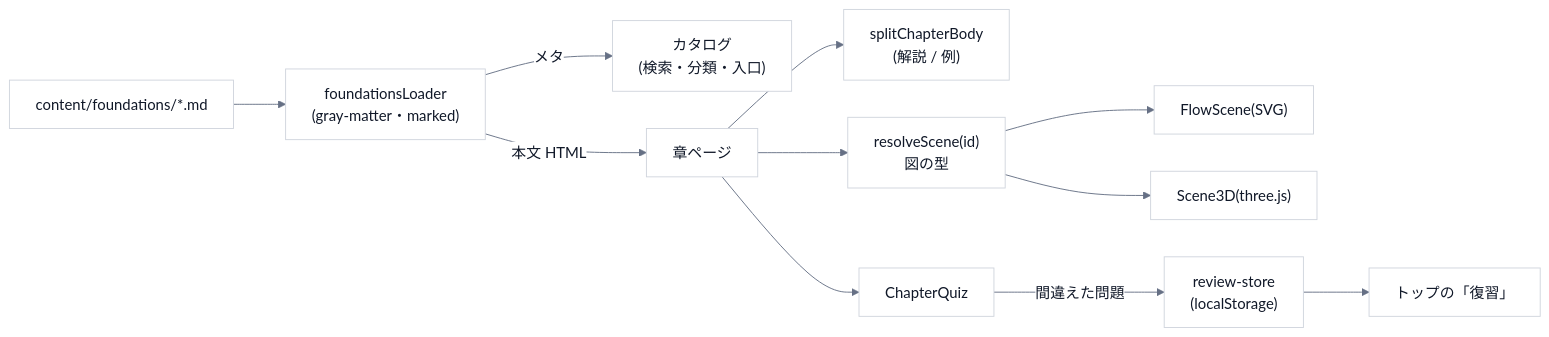
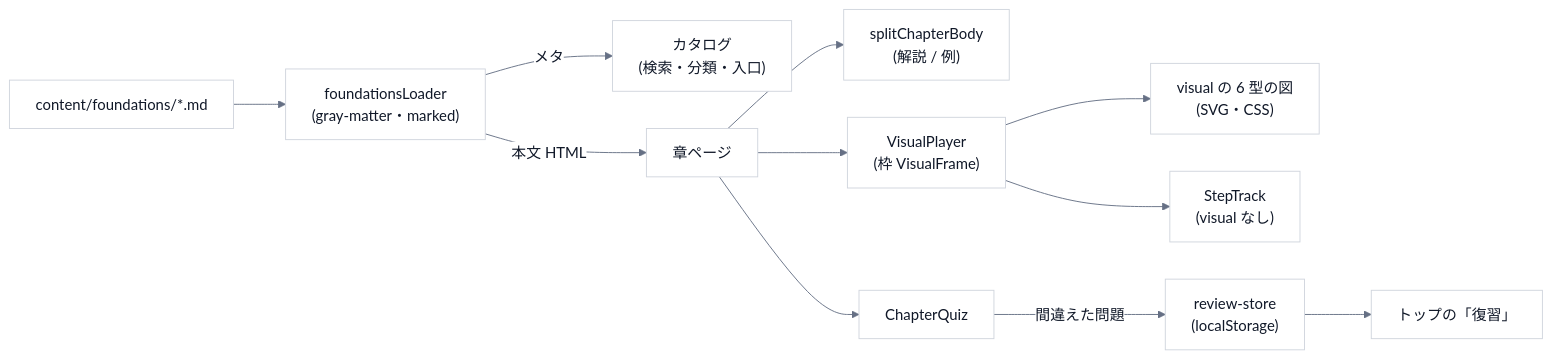
Before and after one commit to manato1201/FoundationsEncyclopedia: the diagram in docs/learn/01-overview.md, drawn with Mermaid. The commit also changed other lines of this file and 72 other files, not shown here.

````diff
--- a/docs/learn/01-overview.md
+++ b/docs/learn/01-overview.md
@@ -5,14 +5,14 @@
 ```mermaid
 %%{init: {"theme":"base","fontFamily":"Noto Sans JP, Hiragino Sans, Meiryo, sans-serif","themeVariables":{"fontFamily":"Noto Sans JP, Hiragino Sans, Meiryo, sans-serif","primaryColor":"#ffffff","primaryBorderColor":"#d0d5dd","primaryTextColor":"#101828","lineColor":"#667085","clusterBkg":"#f2f4f7","clusterBorder":"#d0d5dd","edgeLabelBackground":"#ffffff"},"flowchart":{"wrappingWidth":480,"nodeSpacing":40,"rankSpacing":56,"padding":14},"sequence":{"mirrorActors":false,"wrap":false,"width":150,"actorMargin":30,"messageMargin":34}}}%%
 flowchart LR
     M["content/foundations/*.md"] --> L["foundationsLoader<br/>(gray-matter・marked)"]
     L -->|"メタ"| C["カタログ<br/>(検索・分類・入口)"]
     L -->|"本文 HTML"| P["章ページ"]
     P --> S["splitChapterBody<br/>(解説 / 例)"]
-    P --> T["resolveScene(id)<br/>図の型"]
-    T --> F["FlowScene(SVG)"]
-    T --> D["Scene3D(three.js)"]
+    P --> T["VisualPlayer<br/>(枠 VisualFrame)"]
+    T --> F["visual の 6 型の図<br/>(SVG・CSS)"]
+    T --> D["StepTrack<br/>(visual なし)"]
     P --> Q["ChapterQuiz"]
     Q -->|"間違えた問題"| R["review-store<br/>(localStorage)"]
     R --> V["トップの「復習」"]
 ```
````
